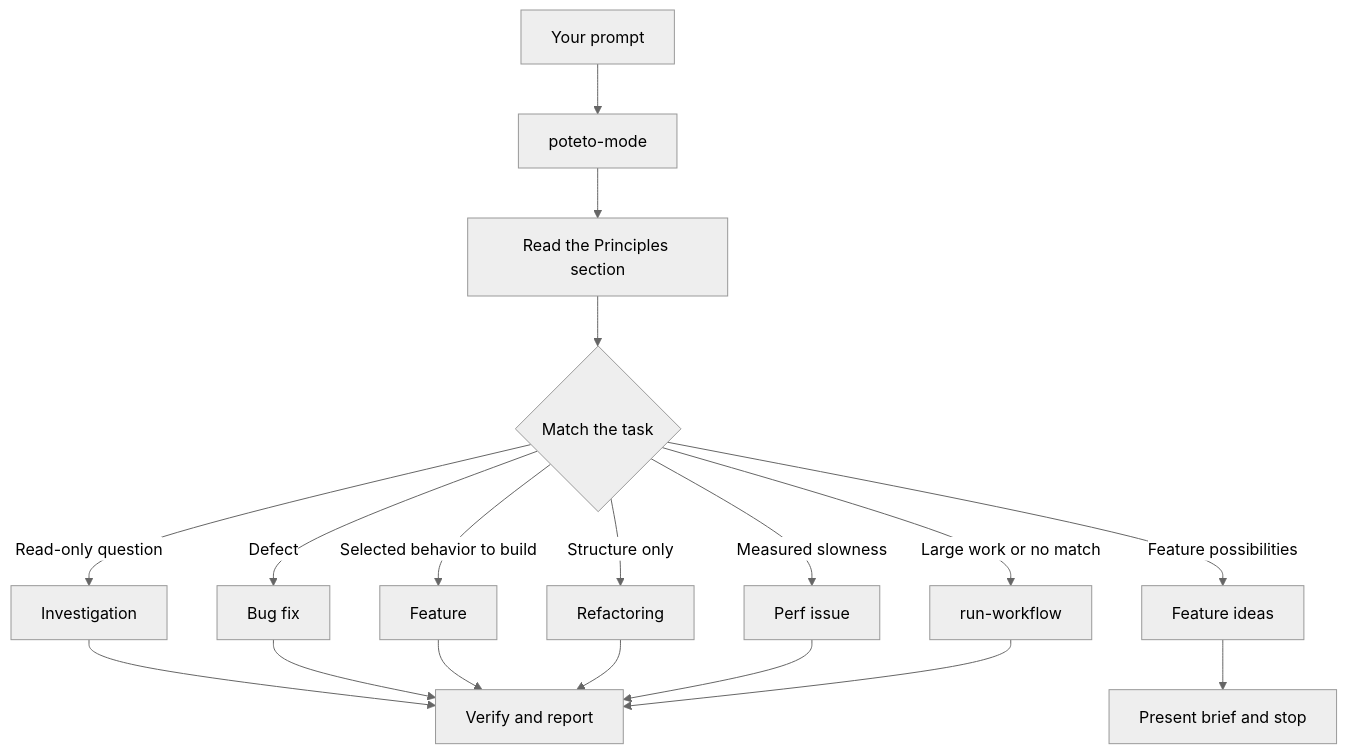
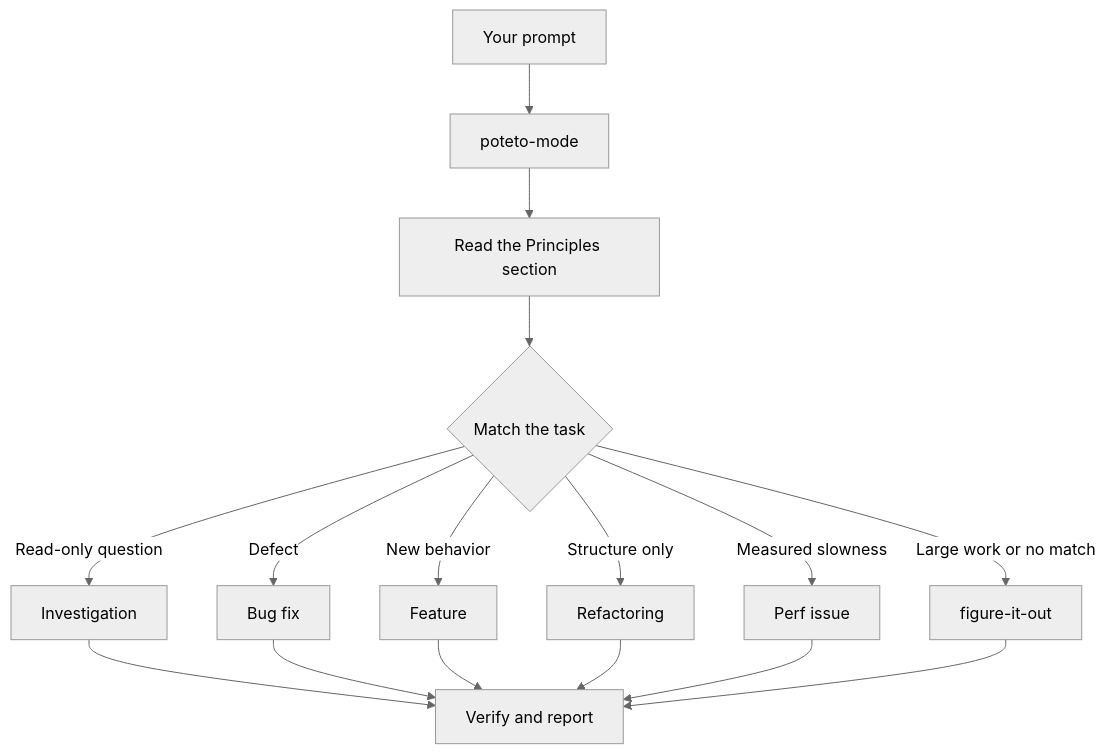
One commit to Uraxii/dotai changed the diagram in plugins/pstack/docs/guide/02-poteto-mode.md. Above: the diagram before and after it, drawn with Mermaid (neutral theme). The commit also changed other lines of this file and 106 other files, not shown here.

````diff
--- a/plugins/pstack/docs/guide/02-poteto-mode.md
+++ b/plugins/pstack/docs/guide/02-poteto-mode.md
@@ -9,20 +9,18 @@
 ```mermaid
 flowchart TD
     A[Your prompt] --> B[poteto-mode]
     B --> C[Read the Principles section]
     C --> D{Match the task}
     D -->|Read-only question| E[Investigation]
     D -->|Defect| F[Bug fix]
-    D -->|Feature possibilities| L[Feature ideas]
-    L --> M[Present brief and stop]
-    D -->|Selected behavior to build| G[Feature]
+    D -->|New behavior| G[Feature]
     D -->|Structure only| H[Refactoring]
     D -->|Measured slowness| I[Perf issue]
-    D -->|Large work or no match| J[run-workflow]
+    D -->|Large work or no match| J[figure-it-out]
     E --> K[Verify and report]
     F --> K
     G --> K
     H --> K
     I --> K
     J --> K
 ```
````
